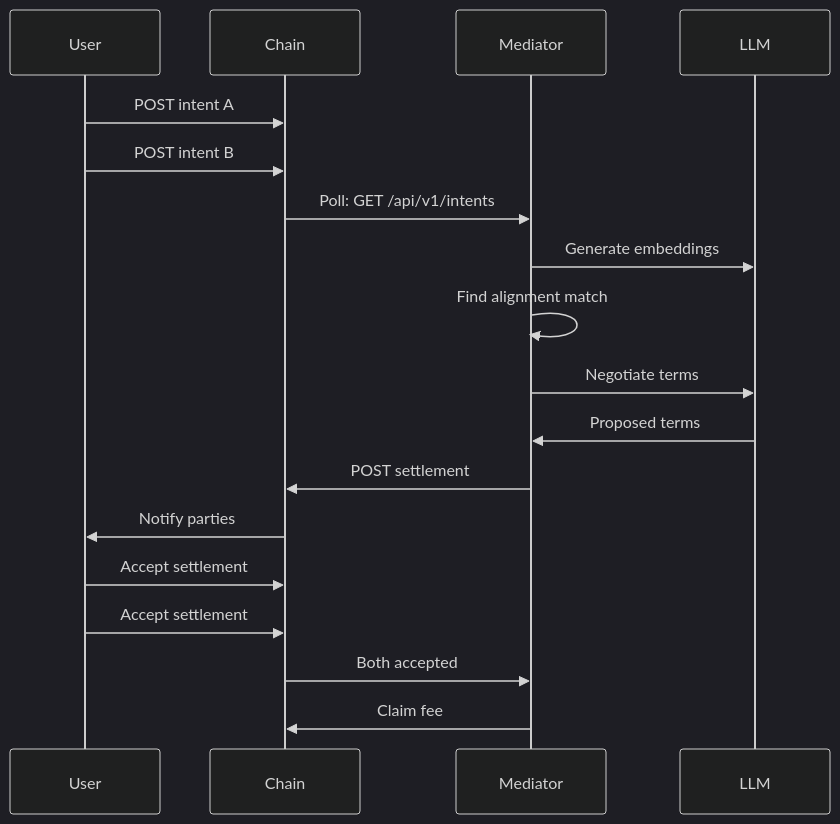
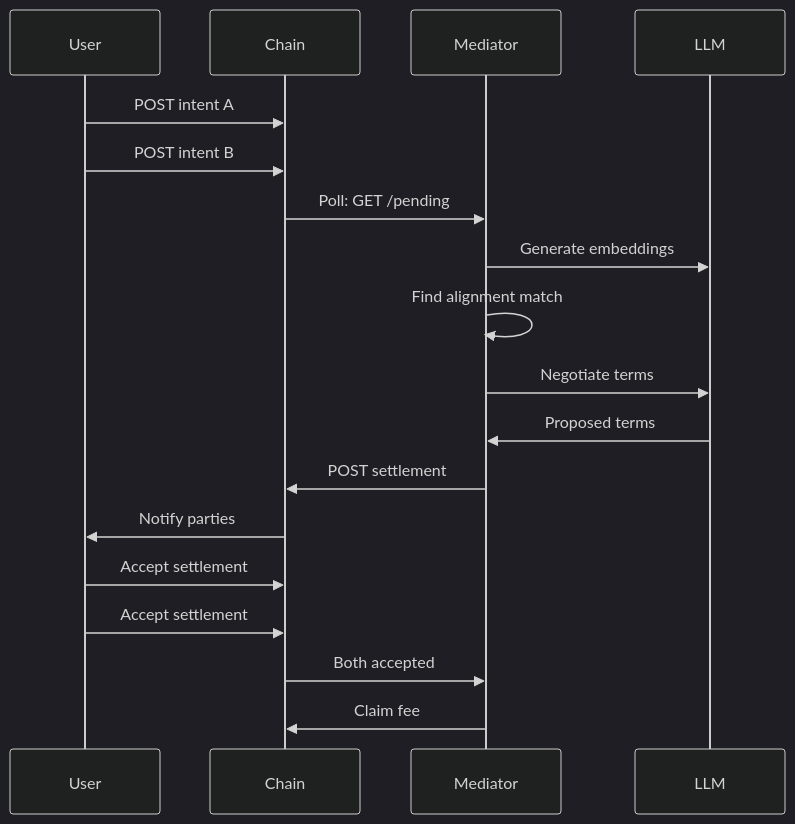
Before and after one commit to kase1111-hash/mediator-node: the diagram in INTEGRATION.md, drawn with Mermaid (dark theme). The commit also changed other lines of this file and 4 other files, not shown here.

````diff
--- a/INTEGRATION.md
+++ b/INTEGRATION.md
@@ -576,21 +385,21 @@
 ```mermaid
 sequenceDiagram
     participant User
     participant Chain
     participant Mediator
     participant LLM
 
     User->>Chain: POST intent A
     User->>Chain: POST intent B
-    Chain->>Mediator: Poll: GET /api/v1/intents
+    Chain->>Mediator: Poll: GET /pending
     Mediator->>LLM: Generate embeddings
     Mediator->>Mediator: Find alignment match
     Mediator->>LLM: Negotiate terms
     LLM->>Mediator: Proposed terms
     Mediator->>Chain: POST settlement
     Chain->>User: Notify parties
     User->>Chain: Accept settlement
     User->>Chain: Accept settlement
     Chain->>Mediator: Both accepted
     Mediator->>Chain: Claim fee
 ```
````
